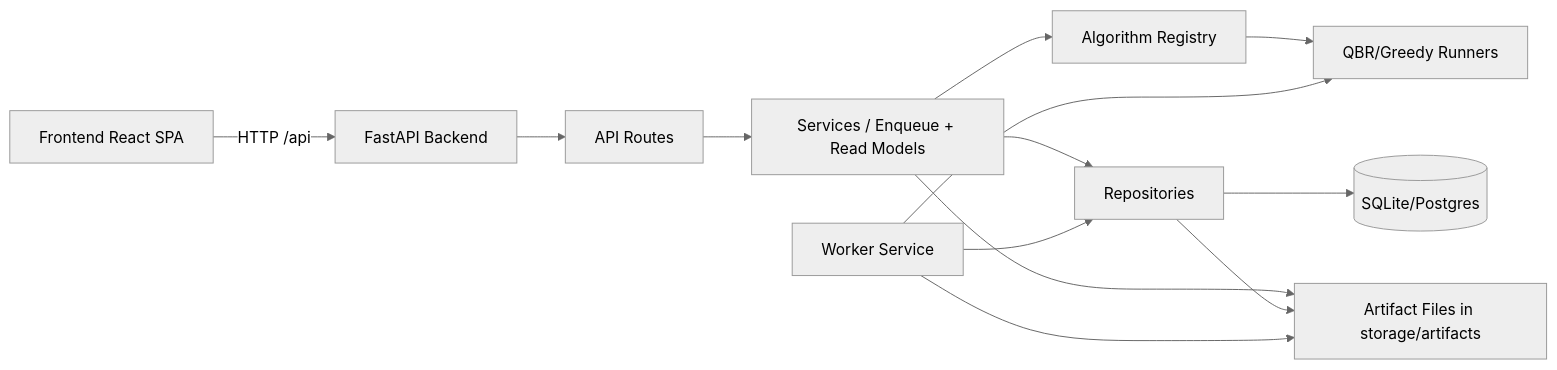
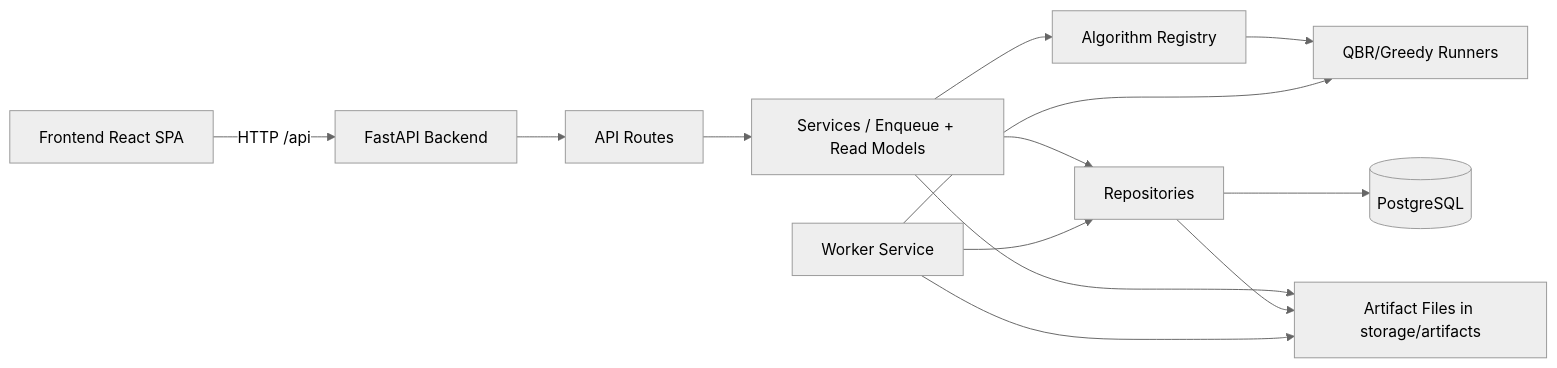
One commit to niki123908/QBR-lab changed the first of 2 diagrams in SYSTEM_ARCHITECTURE.md. Above: the diagram before and after it, drawn with Mermaid (neutral theme). The commit also changed other lines of this file and 65 other files, not shown here.

First line of the commit message:
Require PostgreSQL and align Docker/dev for multi-worker runs.

````diff
--- a/SYSTEM_ARCHITECTURE.md
+++ b/SYSTEM_ARCHITECTURE.md
@@ -331,15 +332,15 @@
 ```mermaid
 flowchart LR
   UI[Frontend React SPA] -->|HTTP /api| API[FastAPI Backend]
   API --> ROUTES[API Routes]
   ROUTES --> SRV[Services / Enqueue + Read Models]
   SRV --> REG[Algorithm Registry]
   REG --> RUNNERS[QBR/Greedy Runners]
   SRV --> REPO[Repositories]
-  REPO --> DB[(SQLite/Postgres)]
+  REPO --> DB[(PostgreSQL)]
   SRV --> ART[Artifact Files in storage/artifacts]
   REPO --> ART
   WK[Worker Service] --> REPO
   WK --> RUNNERS
   WK --> ART
 ```
````
